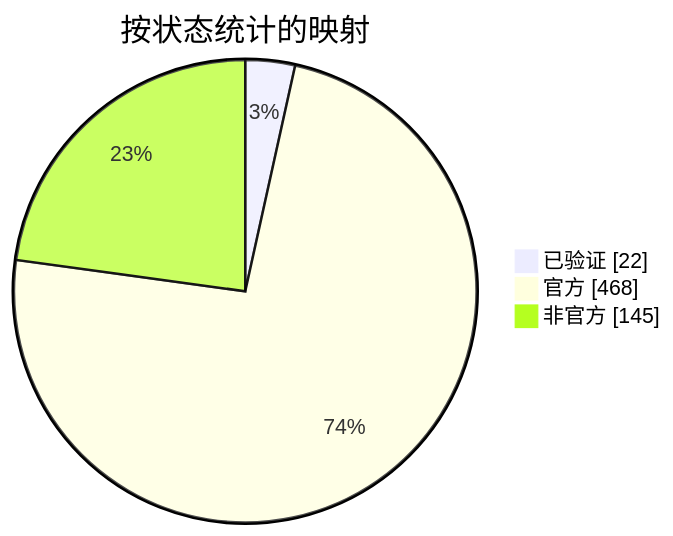
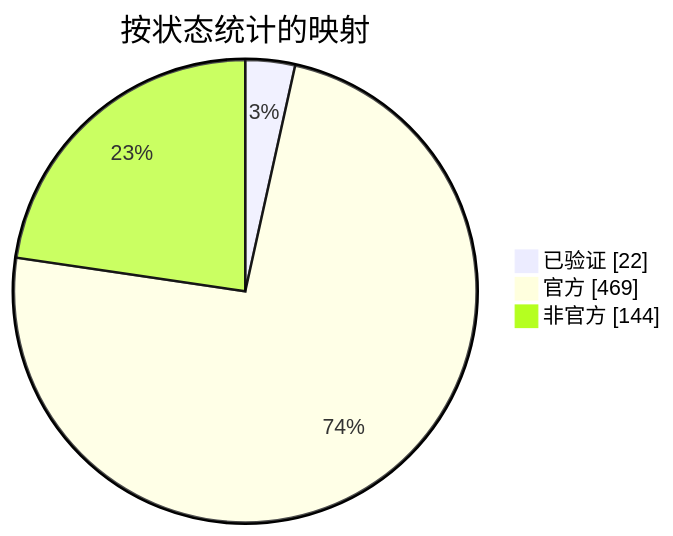
Before and after one commit to nobrega8/mbmap-library: the diagram in docs/readme/README_ZHS.md, drawn with Mermaid. The commit also changed 6 other files, not shown here.

````diff
--- a/docs/readme/README_ZHS.md
+++ b/docs/readme/README_ZHS.md
@@ -54,7 +54,7 @@
 ```mermaid
 pie showData
     title 按状态统计的映射
     "已验证" : 22
-    "官方" : 468
-    "非官方" : 145
+    "官方" : 469
+    "非官方" : 144
 ```
````
